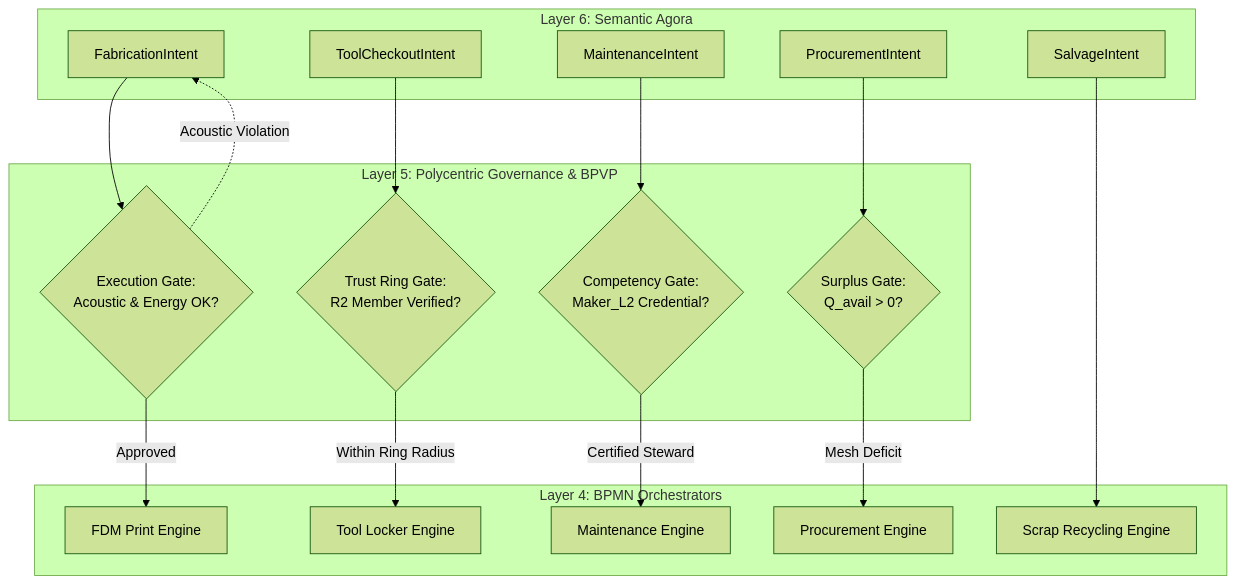
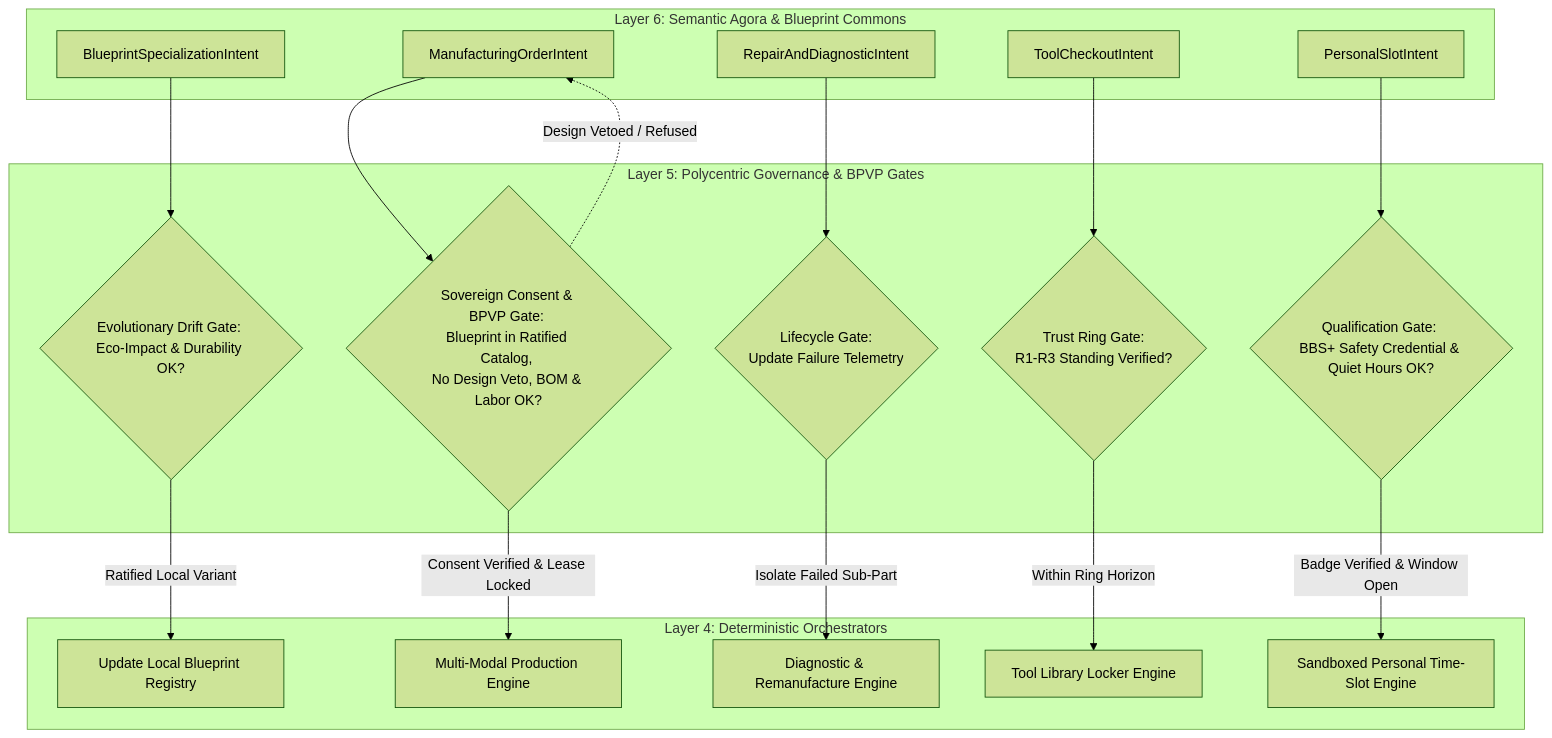
Before and after one commit to raffaine/collective: the third of 4 diagrams in docs/scenarios/alpha_fabrication.md, drawn with Mermaid (forest theme). The commit also changed other lines of this file and 56 other files, not shown here.

Commit message:
feat(sprints-11-14): implement Homestead playability, 3D pathfinding, Scenario Gamma kitchen, Async Node Proxies, and Layer 6/5/4 architecture

````diff
--- a/docs/scenarios/alpha_fabrication.md
+++ b/docs/scenarios/alpha_fabrication.md
@@ -151,40 +312,42 @@
 ```mermaid
 graph TD
-    subgraph Layer 6: Semantic Agora
-        L6_Fab[FabricationIntent]
+    subgraph Layer 6: Semantic Agora & Blueprint Commons
+        L6_Spec[BlueprintSpecializationIntent]
+        L6_Mfg[ManufacturingOrderIntent]
+        L6_Rep[RepairAndDiagnosticIntent]
         L6_Tool[ToolCheckoutIntent]
-        L6_Maint[MaintenanceIntent]
-        L6_Proc[ProcurementIntent]
-        L6_Sal[SalvageIntent]
+        L6_Slot[PersonalSlotIntent]
     end
 
-    subgraph Layer 5: Polycentric Governance & BPVP
-        P_Exec{Execution Gate: <br>Acoustic & Energy OK?}
-        P_Trust{Trust Ring Gate: <br>R2 Member Verified?}
-        P_Skill{Competency Gate: <br>Maker_L2 Credential?}
-        P_Surplus{Surplus Gate: <br>Q_avail > 0?}
+    subgraph Layer 5: Polycentric Governance & BPVP Gates
+        P_Drift{Evolutionary Drift Gate: <br>Eco-Impact & Durability OK?}
+        P_BOM{Sovereign Consent & BPVP Gate: <br>Blueprint in Ratified Catalog, <br>No Design Veto, BOM & Labor OK?}
+        P_Triage{Lifecycle Gate: <br>Update Failure Telemetry}
+        P_Trust{Trust Ring Gate: <br>R1-R3 Standing Verified?}
+        P_Qual{Qualification Gate: <br>BBS+ Safety Credential & Quiet Hours OK?}
     end
 
-    subgraph Layer 4: BPMN Orchestrators
-        BPMN_Print[FDM Print Engine]
-        BPMN_Locker[Tool Locker Engine]
-        BPMN_Repair[Maintenance Engine]
-        BPMN_Supply[Procurement Engine]
-        BPMN_Recycle[Scrap Recycling Engine]
+    subgraph Layer 4: Deterministic Orchestrators
+        BPMN_Registry[Update Local Blueprint Registry]
+        BPMN_Prod[Multi-Modal Production Engine]
+        BPMN_Repair[Diagnostic & Remanufacture Engine]
+        BPMN_Locker[Tool Library Locker Engine]
+        BPMN_Sandbox[Sandboxed Personal Time-Slot Engine]
     end
 
-    L6_Fab --> P_Exec
-    P_Exec -->|Approved| BPMN_Print
-    P_Exec -.->|Acoustic Violation| L6_Fab
+    L6_Spec --> P_Drift
+    P_Drift -->|Ratified Local Variant| BPMN_Registry
+
+    L6_Mfg --> P_BOM
+    P_BOM -->|Consent Verified & Lease Locked| BPMN_Prod
+    P_BOM -.->|Design Vetoed / Refused| L6_Mfg
+
+    L6_Rep --> P_Triage
+    P_Triage -->|Isolate Failed Sub-Part| BPMN_Repair
 
     L6_Tool --> P_Trust
-    P_Trust -->|Within Ring Radius| BPMN_Locker
+    P_Trust -->|Within Ring Horizon| BPMN_Locker
 
-    L6_Maint --> P_Skill
-    P_Skill -->|Certified Steward| BPMN_Repair
-
-    L6_Proc --> P_Surplus
-    P_Surplus -->|Mesh Deficit| BPMN_Supply
-
-    L6_Sal --> BPMN_Recycle
+    L6_Slot --> P_Qual
+    P_Qual -->|Badge Verified & Window Open| BPMN_Sandbox
 ```
````
